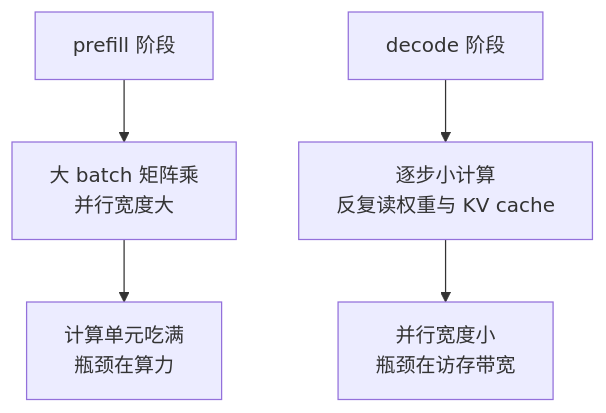
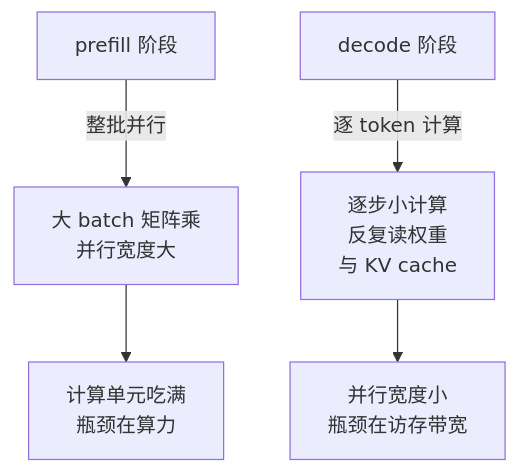
The second of 3 diagrams in vault/工程知识/AI 系统工程：从模型能力到生产能力/模型基础与训练/GPU执行模型与显存层级：SIMT与合并访存.md (hub138/technical-knowledge), drawn with Mermaid before and after one commit. The commit also changed other lines of this file and 622 other files, not shown here.

````diff
--- a/vault/工程知识/AI 系统工程：从模型能力到生产能力/模型基础与训练/GPU执行模型与显存层级：SIMT与合并访存.md
+++ b/vault/工程知识/AI 系统工程：从模型能力到生产能力/模型基础与训练/GPU执行模型与显存层级：SIMT与合并访存.md
@@ -44,7 +73,7 @@
 ```mermaid
 graph TD
-    A[prefill 阶段] --> A1[大 batch 矩阵乘<br/>并行宽度大]
+    A[prefill 阶段] -->|整批并行| A1[大 batch 矩阵乘<br/>并行宽度大]
     A1 --> A2[计算单元吃满<br/>瓶颈在算力]
-    B[decode 阶段] --> B1[逐步小计算<br/>反复读权重与 KV cache]
+    B[decode 阶段] -->|逐 token 计算| B1[逐步小计算<br/>反复读权重<br/>与 KV cache]
     B1 --> B2[并行宽度小<br/>瓶颈在访存带宽]
 ```
````
